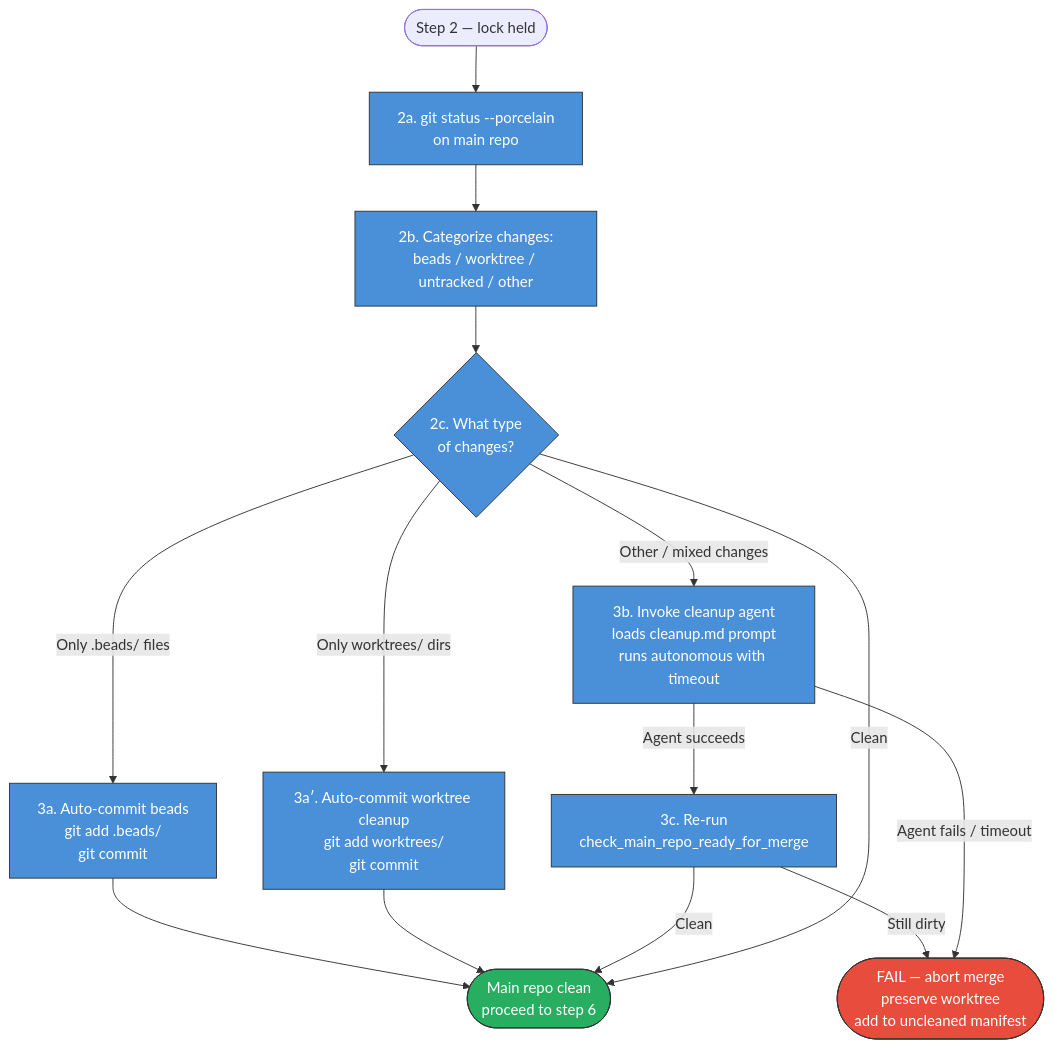
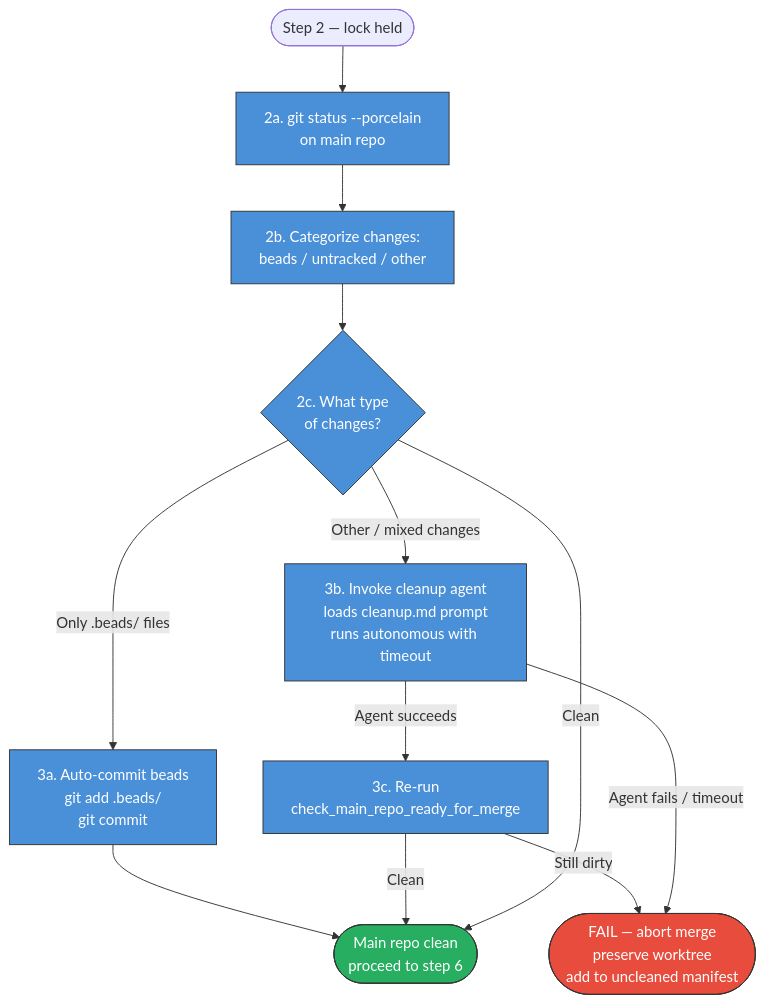
Before and after one commit to AmeliaRose802/PokePoke: the third of 5 diagrams in docs/merge-workflow.md, drawn with Mermaid. The commit also changed other lines of this file and 1 other file, not shown here.

Commit message:
fix(docs): remove unreachable worktree auto-commit step from merge workflow
Step 3a' in the merge workflow documentation described auto-committing
worktrees/ directory changes, but this step was unreachable because:
1. worktrees/ is gitignored (.gitignore line 9)
2. Files in worktrees/ never appear in git status output
3. The code only categorizes: beads, untracked, and other (no worktree category)

Changes:
- Removed step 3a' from merge-workflow.md Mermaid diagram
- Updated categorize_git_changes docstring to explain why worktrees/
  handling is unnecessary (gitignore protection)
- Updated diagram legend to only mention .beads/ auto-commit

Relates to PokePoke-jf6m3

````diff
--- a/docs/merge-workflow.md
+++ b/docs/merge-workflow.md
@@ -109,37 +109,33 @@
 ```mermaid
 flowchart TD
     START(["Step 2 — lock held"]) --> STATUS["2a. git status --porcelain<br/>on main repo"]
 
-    STATUS --> CATEGORIZE["2b. Categorize changes:<br/>beads / worktree / untracked / other"]
+    STATUS --> CATEGORIZE["2b. Categorize changes:<br/>beads / untracked / other"]
 
     CATEGORIZE --> DECISION{"2c. What type<br/>of changes?"}
 
     DECISION -- "Only .beads/ files" --> BEADS_COMMIT["3a. Auto-commit beads<br/>git add .beads/<br/>git commit"]
     BEADS_COMMIT --> OK(["Main repo clean<br/>proceed to step 6"])
-
-    DECISION -- "Only worktrees/ dirs" --> WT_COMMIT["3a′. Auto-commit worktree cleanup<br/>git add worktrees/<br/>git commit"]
-    WT_COMMIT --> OK
 
     DECISION -- "Other / mixed changes" --> CLEANUP["3b. Invoke cleanup agent<br/>loads cleanup.md prompt<br/>runs autonomous with timeout"]
 
     CLEANUP -- "Agent succeeds" --> RECHECK["3c. Re-run<br/>check_main_repo_ready_for_merge"]
     RECHECK -- Clean --> OK
     RECHECK -- Still dirty --> ABORT(["FAIL — abort merge<br/>preserve worktree<br/>add to uncleaned manifest"])
 
     CLEANUP -- "Agent fails / timeout" --> ABORT
 
     DECISION -- "Clean" --> OK
 
     %% Lock held (blue)
     style STATUS fill:#4a90d9,stroke:#333,color:#fff
     style CATEGORIZE fill:#4a90d9,stroke:#333,color:#fff
     style DECISION fill:#4a90d9,stroke:#333,color:#fff
     style BEADS_COMMIT fill:#4a90d9,stroke:#333,color:#fff
-    style WT_COMMIT fill:#4a90d9,stroke:#333,color:#fff
     style CLEANUP fill:#4a90d9,stroke:#333,color:#fff
     style RECHECK fill:#4a90d9,stroke:#333,color:#fff
 
     %% Terminals
     style ABORT fill:#e74c3c,stroke:#333,color:#fff
     style OK fill:#27ae60,stroke:#333,color:#fff
 ```
````
